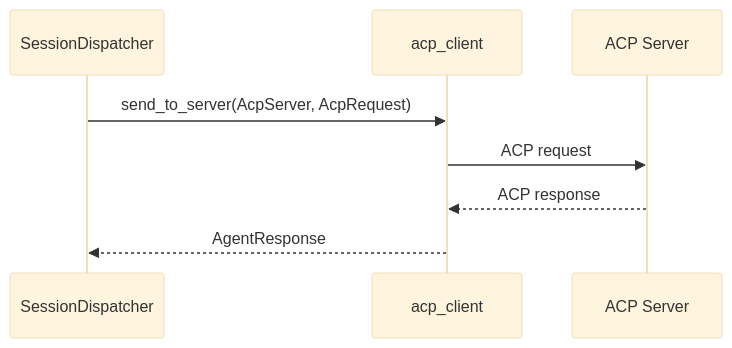
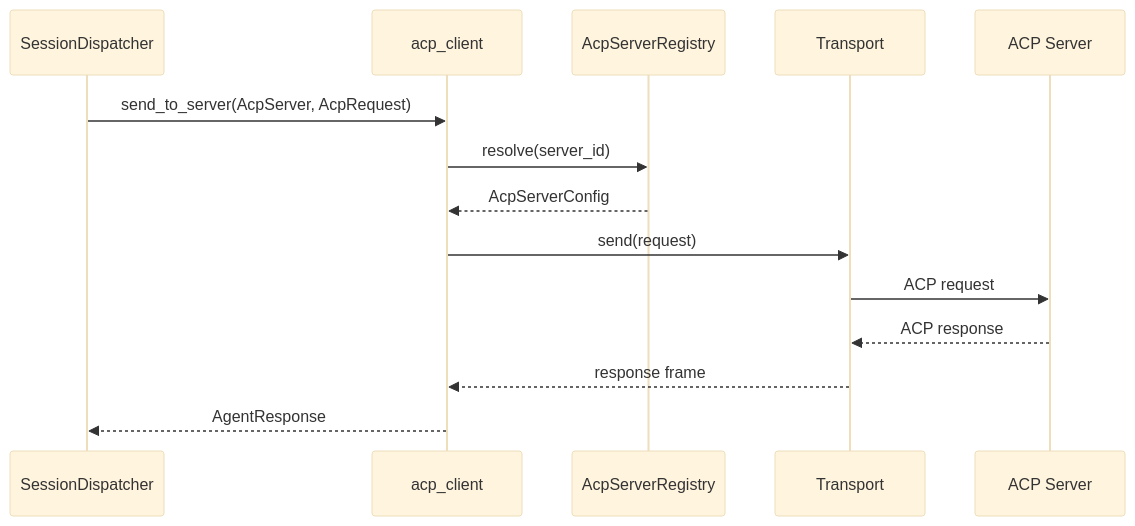
The first of 2 diagrams in docs/architecture/30-acp-client.md (zhuxining/MindClaw), drawn with Mermaid (base theme) before and after one commit. The commit also changed other lines of this file and 63 other files, not shown here.

````diff
--- a/docs/architecture/30-acp-client.md
+++ b/docs/architecture/30-acp-client.md
@@ -57,11 +65,17 @@
 ```mermaid
 sequenceDiagram
     participant SD as SessionDispatcher
     participant AC as acp_client
+    participant REG as AcpServerRegistry
+    participant TR as Transport
     participant AS as ACP Server
 
     SD->>AC: send_to_server(AcpServer, AcpRequest)
-    AC->>AS: ACP request
-    AS-->>AC: ACP response
+    AC->>REG: resolve(server_id)
+    REG-->>AC: AcpServerConfig
+    AC->>TR: send(request)
+    TR->>AS: ACP request
+    AS-->>TR: ACP response
+    TR-->>AC: response frame
     AC-->>SD: AgentResponse
 ```
````
